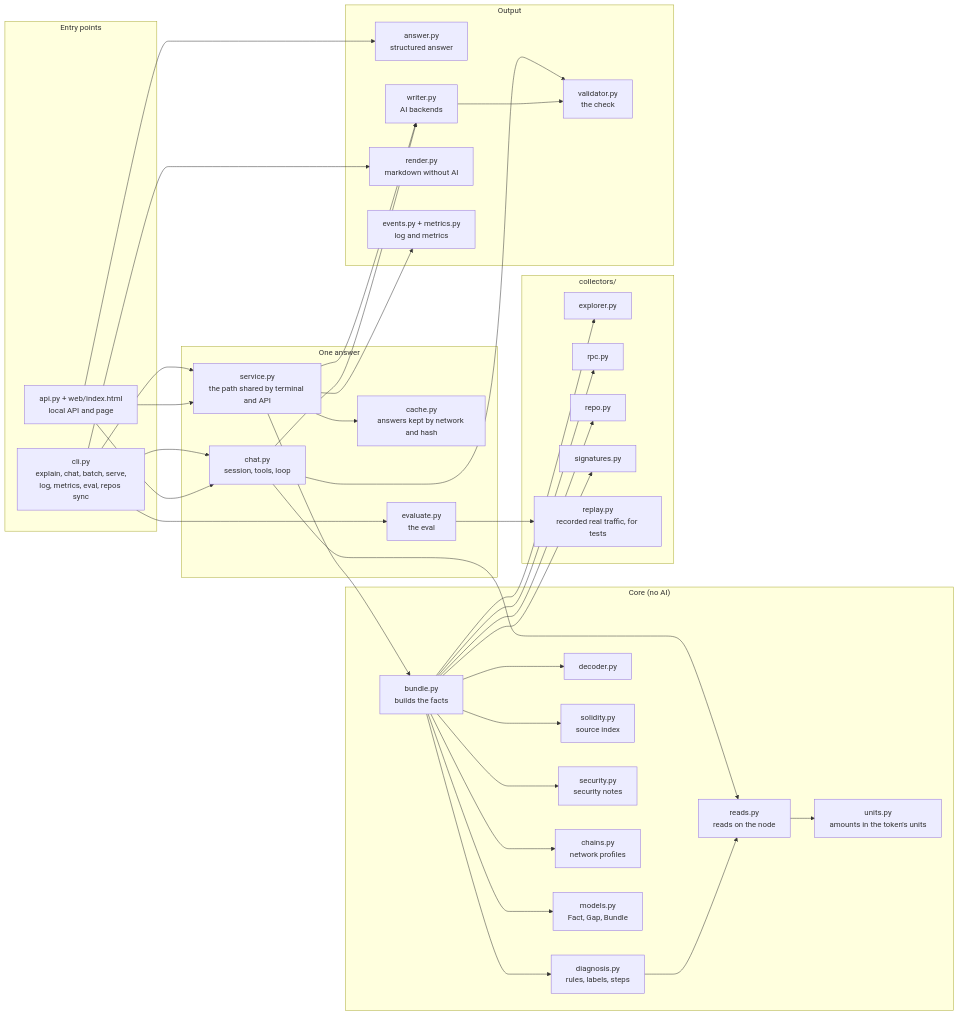
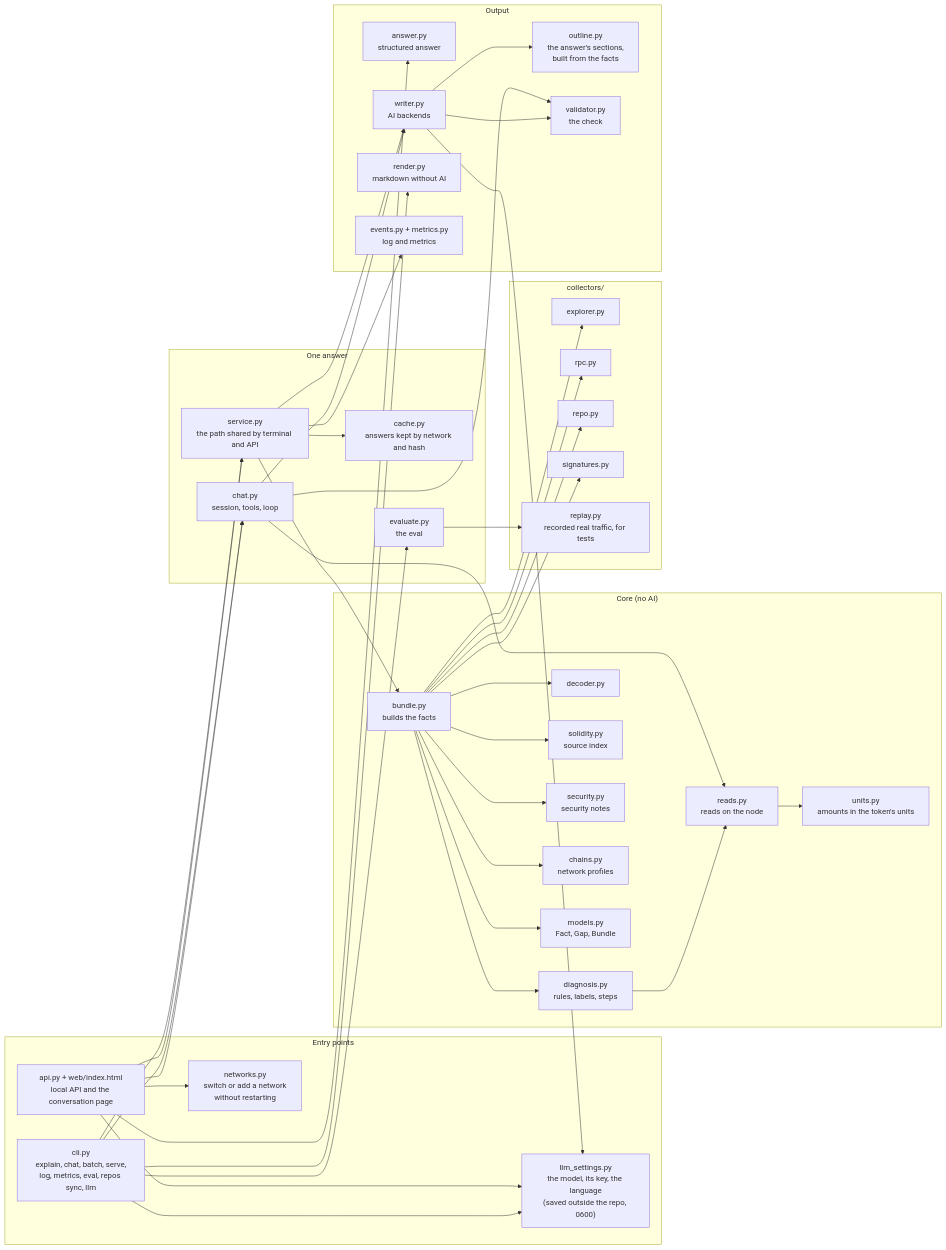
One commit to Ebaoj/anychain changed the seventh of 9 diagrams in docs/ARCHITECTURE.md. Above: the diagram before and after it, drawn with Mermaid. The commit also changed other lines of this file and 11 other files, not shown here.

First line of the commit message:
Deliverable up to date after D59-D67: README (page, full API, all metrics SQL, impact summary, mirror note, rounding), fresh samples and eval, architecture docs to D67; support prompt keeps token names and the inner error (D68)

````diff
--- a/docs/ARCHITECTURE.md
+++ b/docs/ARCHITECTURE.md
@@ -226,71 +226,79 @@
 ```mermaid
 flowchart LR
     subgraph entry["Entry points"]
-        cli["cli.py<br/>explain, chat, batch, serve,<br/>log, metrics, eval, repos sync"]
-        api["api.py + web/index.html<br/>local API and page"]
+        cli["cli.py<br/>explain, chat, batch, serve,<br/>log, metrics, eval, repos sync, llm"]
+        api["api.py + web/index.html<br/>local API and the conversation page"]
+        networks["networks.py<br/>switch or add a network<br/>without restarting"]
+        settings["llm_settings.py<br/>the model, its key, the language<br/>(saved outside the repo, 0600)"]
     end
 
     subgraph service_g["One answer"]
         service["service.py<br/>the path shared by terminal and API"]
         cache["cache.py<br/>answers kept by network and hash"]
         chat["chat.py<br/>session, tools, loop"]
         evaluate["evaluate.py<br/>the eval"]
     end
 
     subgraph core["Core (no AI)"]
         bundle["bundle.py<br/>builds the facts"]
         diagnosis["diagnosis.py<br/>rules, labels, steps"]
         reads["reads.py<br/>reads on the node"]
         units["units.py<br/>amounts in the token's units"]
         decoder["decoder.py"]
         solidity["solidity.py<br/>source index"]
         security["security.py<br/>security notes"]
         chains["chains.py<br/>network profiles"]
         models["models.py<br/>Fact, Gap, Bundle"]
     end
 
     subgraph collectors["collectors/"]
         explorer["explorer.py"]
         rpc["rpc.py"]
         repo["repo.py"]
         signatures["signatures.py"]
         replay["replay.py<br/>recorded real traffic, for tests"]
     end
 
     subgraph output["Output"]
         answer["answer.py<br/>structured answer"]
+        outline["outline.py<br/>the answer's sections,<br/>built from the facts"]
         writer["writer.py<br/>AI backends"]
         validator["validator.py<br/>the check"]
         render["render.py<br/>markdown without AI"]
         events["events.py + metrics.py<br/>log and metrics"]
     end
 
     cli --> service
     api --> service
+    api --> networks
+    api --> settings
+    cli --> settings
+    writer --> outline
+    writer --> settings
     cli --> chat
     api --> chat
     cli --> evaluate
     service --> cache
     service --> bundle
     service --> writer
     service --> events
     chat --> reads
     chat --> writer
     chat --> validator
     bundle --> diagnosis
     bundle --> explorer
     bundle --> rpc
     bundle --> decoder
     bundle --> solidity
     bundle --> security
     bundle --> repo
     bundle --> signatures
     bundle --> chains
     bundle --> models
     diagnosis --> reads
     reads --> units
     writer --> validator
     api --> answer
     cli --> render
     evaluate --> replay
 ```
````
